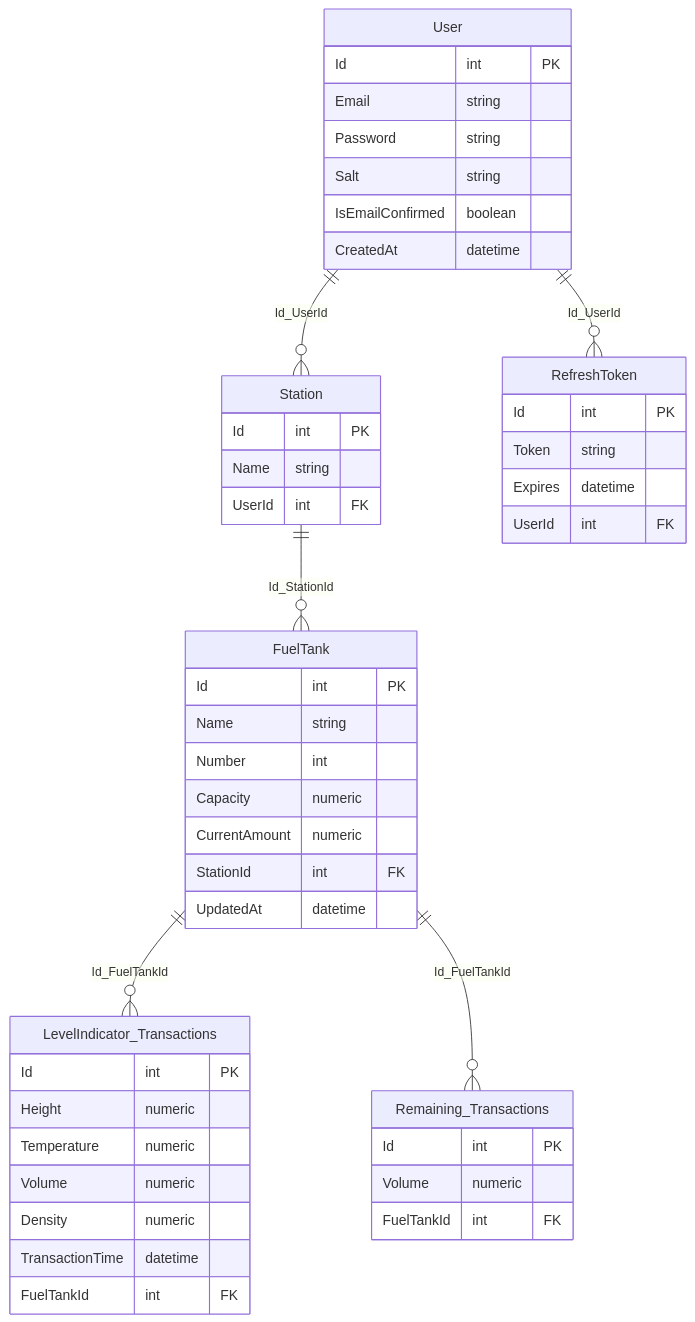
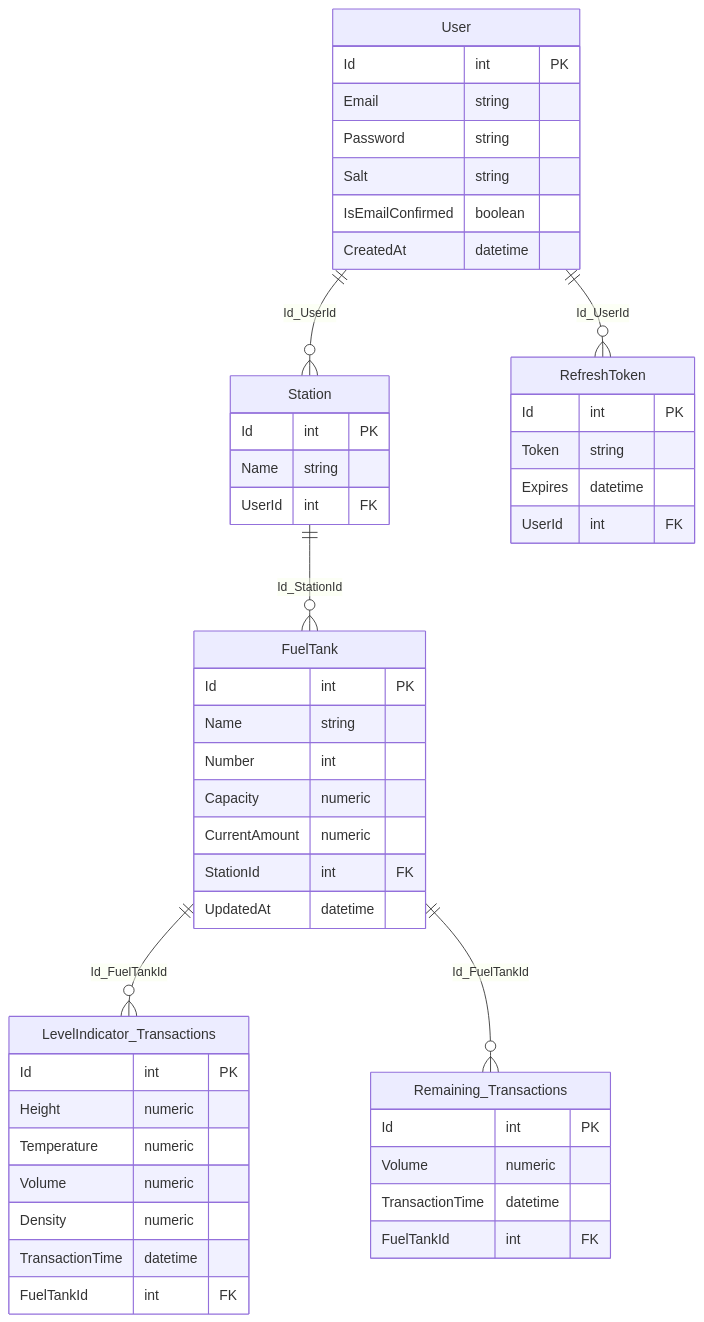
Before and after one commit to max-voronkin/Fung: the diagram in README.md, drawn with Mermaid.

Commit message:
Updated db schema

````diff
--- a/README.md
+++ b/README.md
@@ -12,55 +12,56 @@
 ```mermaid
 erDiagram
 User ||--o{ Station : Id_UserId
 User ||--o{ RefreshToken : Id_UserId
 User {
   Id int PK
   Email string
   Password string
   Salt string
   IsEmailConfirmed boolean
   CreatedAt datetime
 }
 
 Station ||--o{ FuelTank : Id_StationId
 Station {
   Id int PK
   Name string
   UserId int FK
 }
 
 FuelTank ||--o{ LevelIndicator_Transactions : Id_FuelTankId
 FuelTank ||--o{ Remaining_Transactions : Id_FuelTankId
 FuelTank {
   Id int PK
   Name string
   Number int
   Capacity numeric
   CurrentAmount numeric
   StationId int FK
   UpdatedAt datetime
 }
 
 LevelIndicator_Transactions {
   Id int PK
   Height numeric
   Temperature numeric
   Volume numeric
   Density numeric
   TransactionTime datetime
   FuelTankId int FK
 }
 
 Remaining_Transactions {
   Id int PK
   Volume numeric
+  TransactionTime datetime
   FuelTankId int FK
 }
 
 RefreshToken {
   Id int PK
   Token string
   Expires datetime
   UserId int FK
 }
 ```
````
